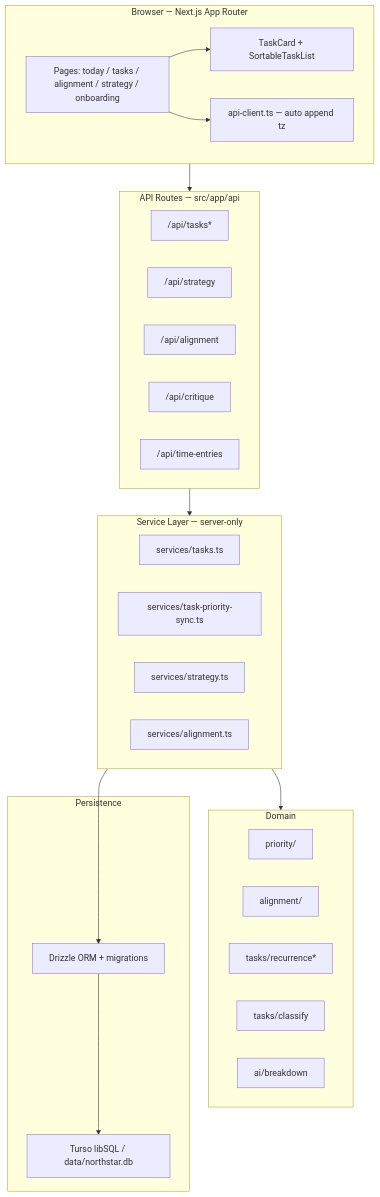
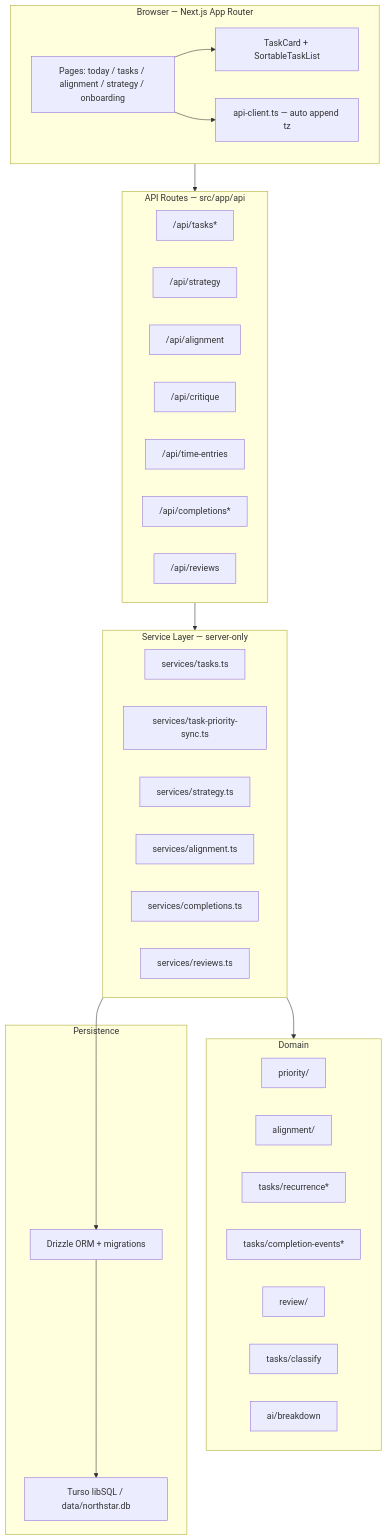
Before and after one commit to LiamYaoLian/northstar: the first of 2 diagrams in design.md, drawn with Mermaid. The commit also changed other lines of this file and 57 other files, not shown here.

````diff
--- a/design.md
+++ b/design.md
@@ -37,44 +39,50 @@
 ```mermaid
 flowchart TB
   subgraph client [Browser — Next.js App Router]
     pages["Pages: today / tasks / alignment / strategy / onboarding"]
     taskCard["TaskCard + SortableTaskList"]
     apiClient["api-client.ts — auto append tz"]
     pages --> taskCard
     pages --> apiClient
   end
 
   subgraph api [API Routes — src/app/api]
     tasksApi["/api/tasks*"]
     strategyApi["/api/strategy"]
     alignmentApi["/api/alignment"]
     critiqueApi["/api/critique"]
     timeApi["/api/time-entries"]
+    completionsApi["/api/completions*"]
+    reviewsApi["/api/reviews"]
   end
 
   subgraph services [Service Layer — server-only]
     tasksSvc["services/tasks.ts"]
     prioritySvc["services/task-priority-sync.ts"]
     strategySvc["services/strategy.ts"]
     alignmentSvc["services/alignment.ts"]
+    completionsSvc["services/completions.ts"]
+    reviewsSvc["services/reviews.ts"]
   end
 
   subgraph domain [Domain]
     priority["priority/"]
     alignment["alignment/"]
     recurrence["tasks/recurrence*"]
+    completion["tasks/completion-events*"]
+    review["review/"]
     classify["tasks/classify"]
     breakdown["ai/breakdown"]
   end
 
   subgraph db [Persistence]
     turso["Turso libSQL / data/northstar.db"]
     drizzle["Drizzle ORM + migrations"]
   end
 
   client --> api
   api --> services
   services --> domain
   services --> drizzle
   drizzle --> turso
 ```
````
